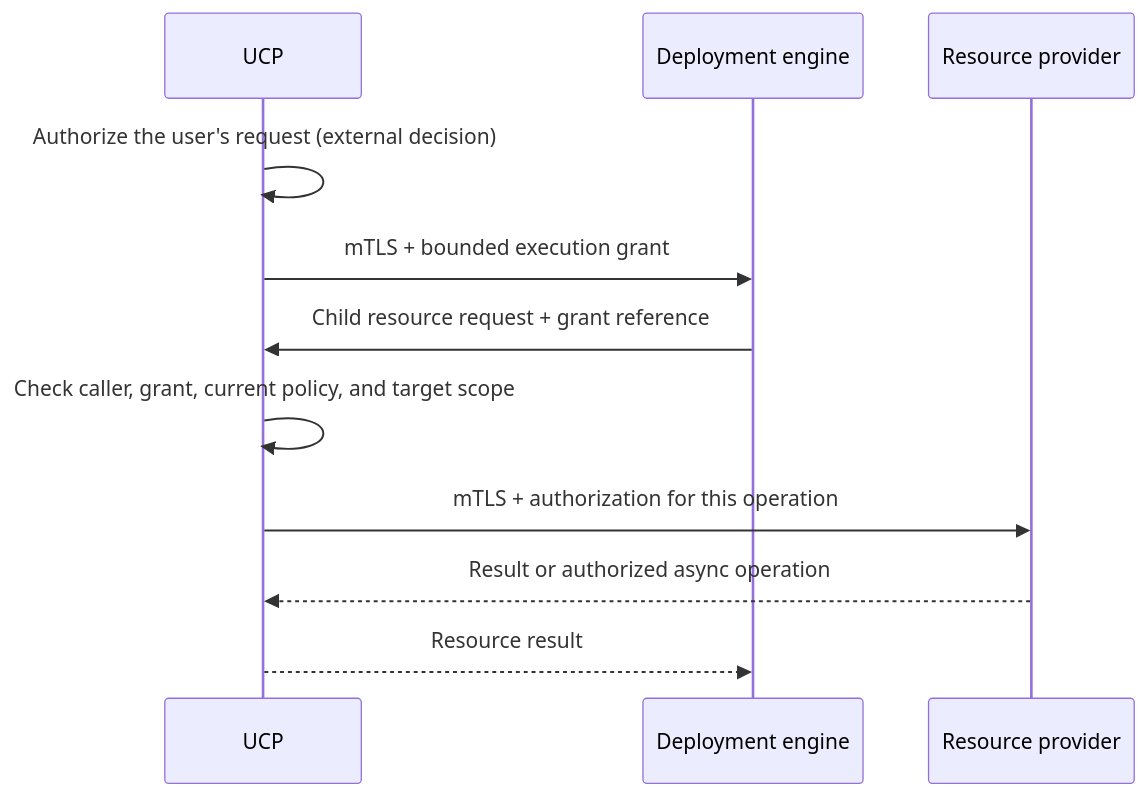
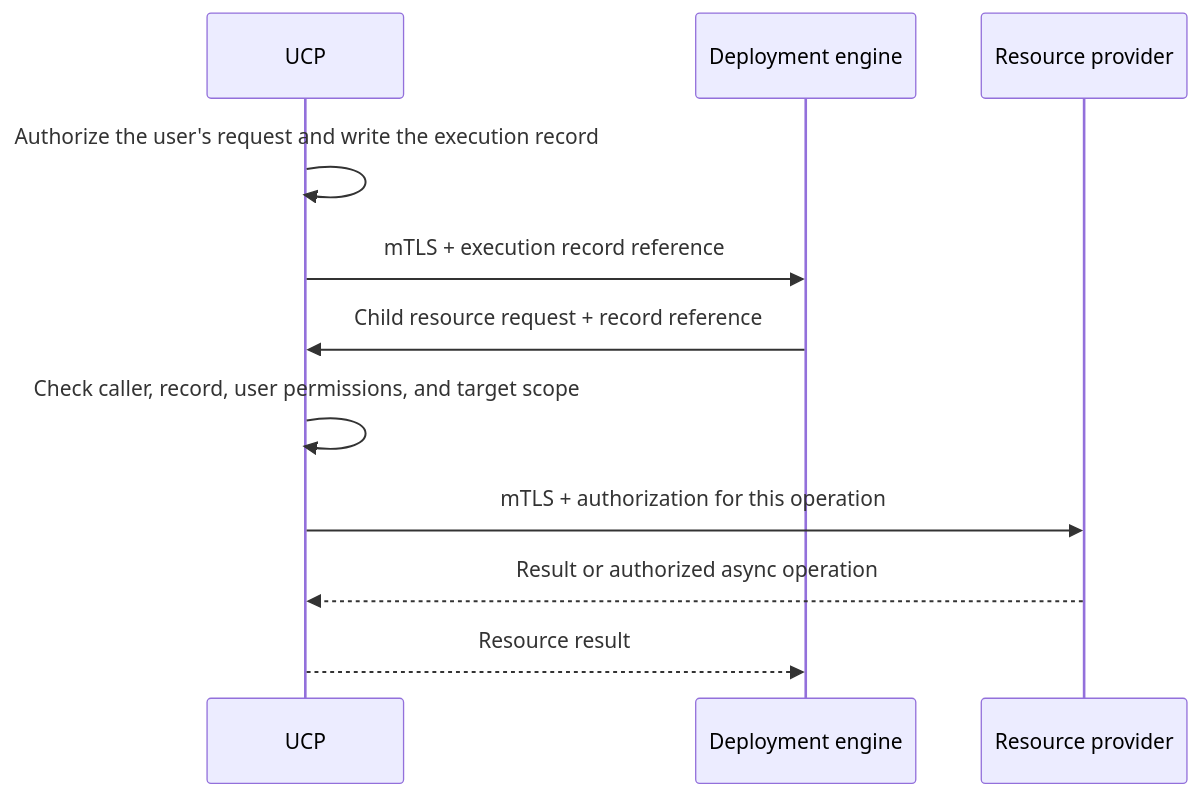
The diagram in eng/design-notes/security/internal-component-authorization.md (radius-project/radius), drawn with Mermaid before and after one commit. The commit also changed other lines of this file and 1 other file, not shown here.

First line of the commit message:
docs: use execution records for internal authorization

````diff
--- a/eng/design-notes/security/internal-component-authorization.md
+++ b/eng/design-notes/security/internal-component-authorization.md
@@ -79,14 +80,14 @@
 ```mermaid
 sequenceDiagram
     participant UCP
     participant DE as Deployment engine
     participant RP as Resource provider
 
-    UCP->>UCP: Authorize the user's request (external decision)
-    UCP->>DE: mTLS + bounded execution grant
-    DE->>UCP: Child resource request + grant reference
-    UCP->>UCP: Check caller, grant, current policy, and target scope
+    UCP->>UCP: Authorize the user's request and write the execution record
+    UCP->>DE: mTLS + execution record reference
+    DE->>UCP: Child resource request + record reference
+    UCP->>UCP: Check caller, record, user permissions, and target scope
     UCP->>RP: mTLS + authorization for this operation
     RP-->>UCP: Result or authorized async operation
     UCP-->>DE: Resource result
 ```
````
